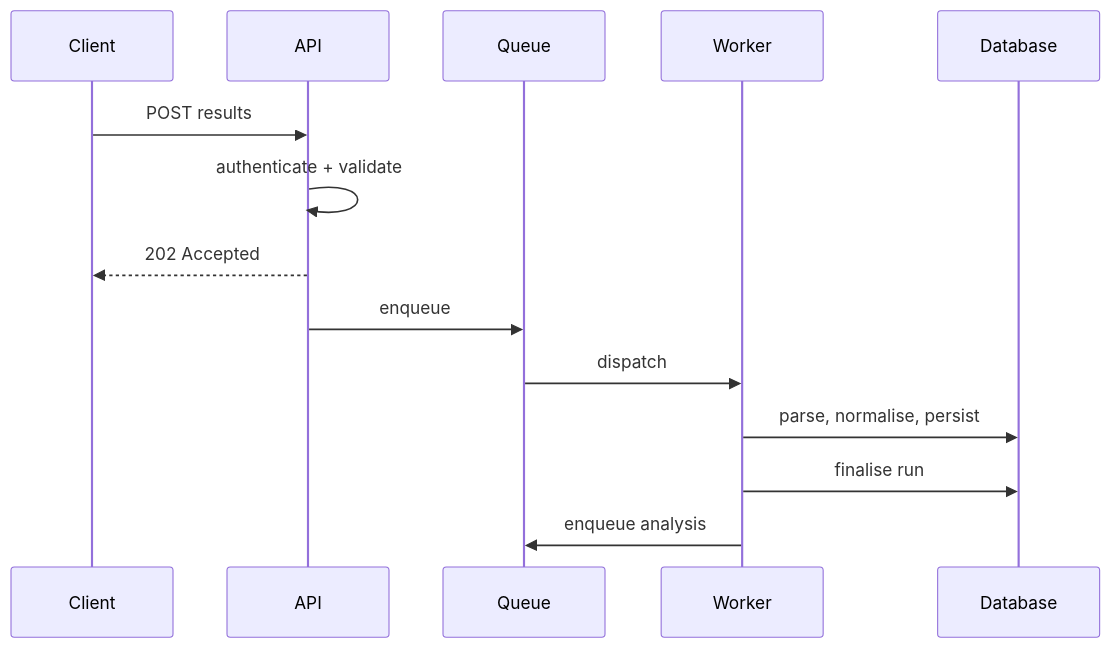
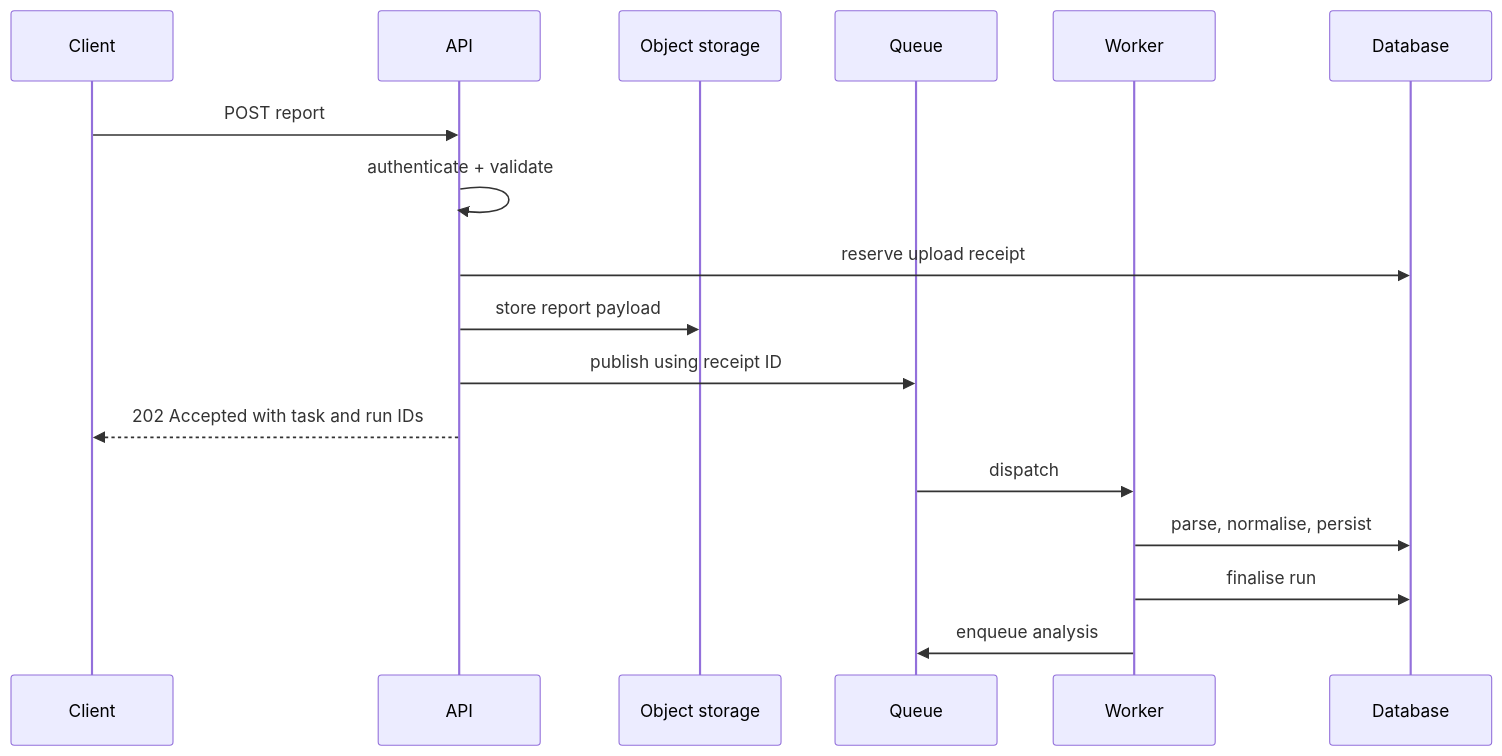
The second of 4 diagrams in frontend/src/content/guide/architecture.md (test-intelligence/testlookup), drawn with Mermaid before and after one commit. The commit also changed other lines of this file and 31 other files, not shown here.

````diff
--- a/frontend/src/content/guide/architecture.md
+++ b/frontend/src/content/guide/architecture.md
@@ -43,16 +43,19 @@
 ```mermaid
 sequenceDiagram
   participant C as Client
   participant A as API
+  participant S as Object storage
   participant Q as Queue
   participant W as Worker
   participant DB as Database
-  C->>A: POST results
+  C->>A: POST report
   A->>A: authenticate + validate
-  A-->>C: 202 Accepted
-  A->>Q: enqueue
+  A->>DB: reserve upload receipt
+  A->>S: store report payload
+  A->>Q: publish using receipt ID
+  A-->>C: 202 Accepted with task and run IDs
   Q->>W: dispatch
   W->>DB: parse, normalise, persist
   W->>DB: finalise run
   W->>Q: enqueue analysis
 ```
````
